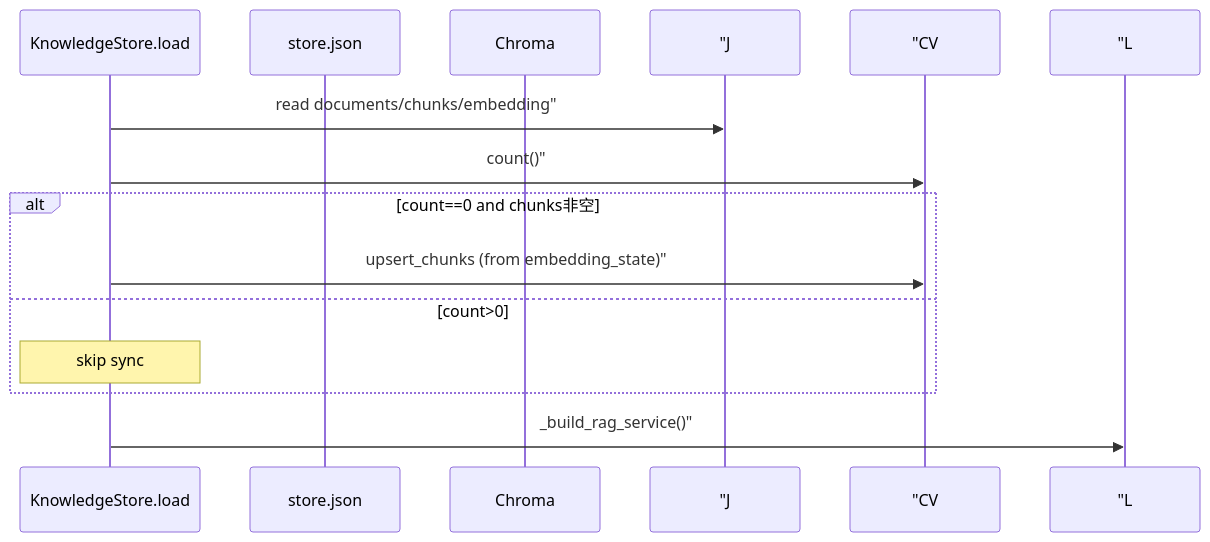
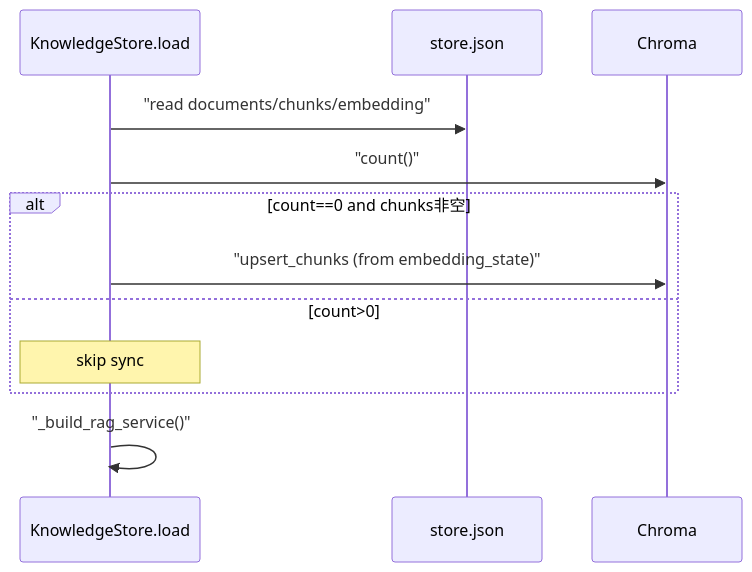
One commit to ab6539763/70_days_course_plus changed the third of 5 diagrams in course/day29/03_架构设计.md. Above: the diagram before and after it, drawn with Mermaid. The commit also changed other lines of this file and 80 other files, not shown here.

First line of the commit message:
fix(course): 修复 Mermaid 图表渲染报错 + 同步嵌入代码快照

````diff
--- a/course/day29/03_架构设计.md
+++ b/course/day29/03_架构设计.md
@@ -73,14 +73,14 @@
 ```mermaid
 sequenceDiagram
     participant L as KnowledgeStore.load
     participant J as store.json
     participant CV as Chroma
-  L->> "J: read documents/chunks/embedding"
-    L->> "CV: count()"
+  L->>J: "read documents/chunks/embedding"
+    L->>CV: "count()"
     alt count==0 and chunks非空
-        L->> "CV: upsert_chunks (from embedding_state)"
+        L->>CV: "upsert_chunks (from embedding_state)"
     else count>0
         Note over L: skip sync
     end
-    L->> "L: _build_rag_service()"
+    L->>L: "_build_rag_service()"
 ```
````
